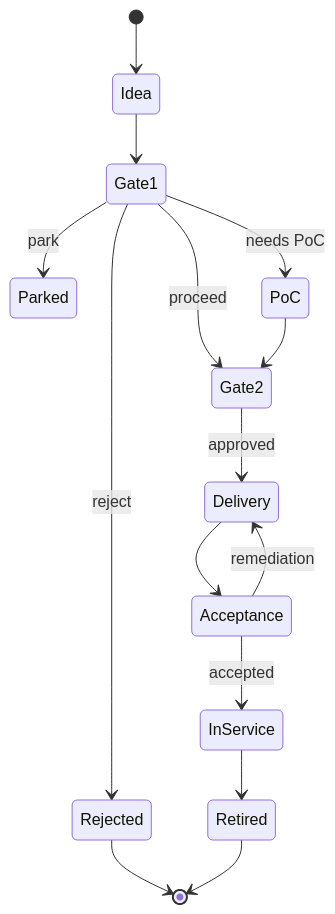
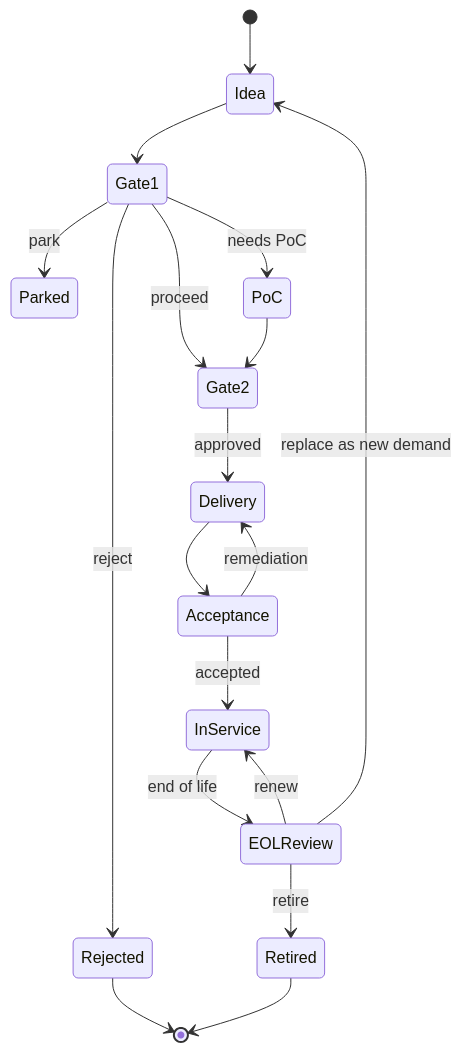
The fourth of 6 diagrams in diagrams/FitSD — Diagrams.md (tfindley/keystone), drawn with Mermaid before and after one commit. The commit also changed other lines of this file and 21 other files, not shown here.

````diff
--- a/diagrams/FitSD — Diagrams.md
+++ b/diagrams/FitSD — Diagrams.md
@@ -91,17 +91,20 @@
 ```mermaid
 stateDiagram-v2
     [*] --> Idea
     Idea --> Gate1
     Gate1 --> Parked : park
     Gate1 --> Rejected : reject
     Gate1 --> PoC : needs PoC
     Gate1 --> Gate2 : proceed
     PoC --> Gate2
     Gate2 --> Delivery : approved
     Delivery --> Acceptance
     Acceptance --> Delivery : remediation
     Acceptance --> InService : accepted
-    InService --> Retired
+    InService --> EOLReview : end of life
+    EOLReview --> InService : renew
+    EOLReview --> Idea : replace as new demand
+    EOLReview --> Retired : retire
     Rejected --> [*]
     Retired --> [*]
 ```
````
